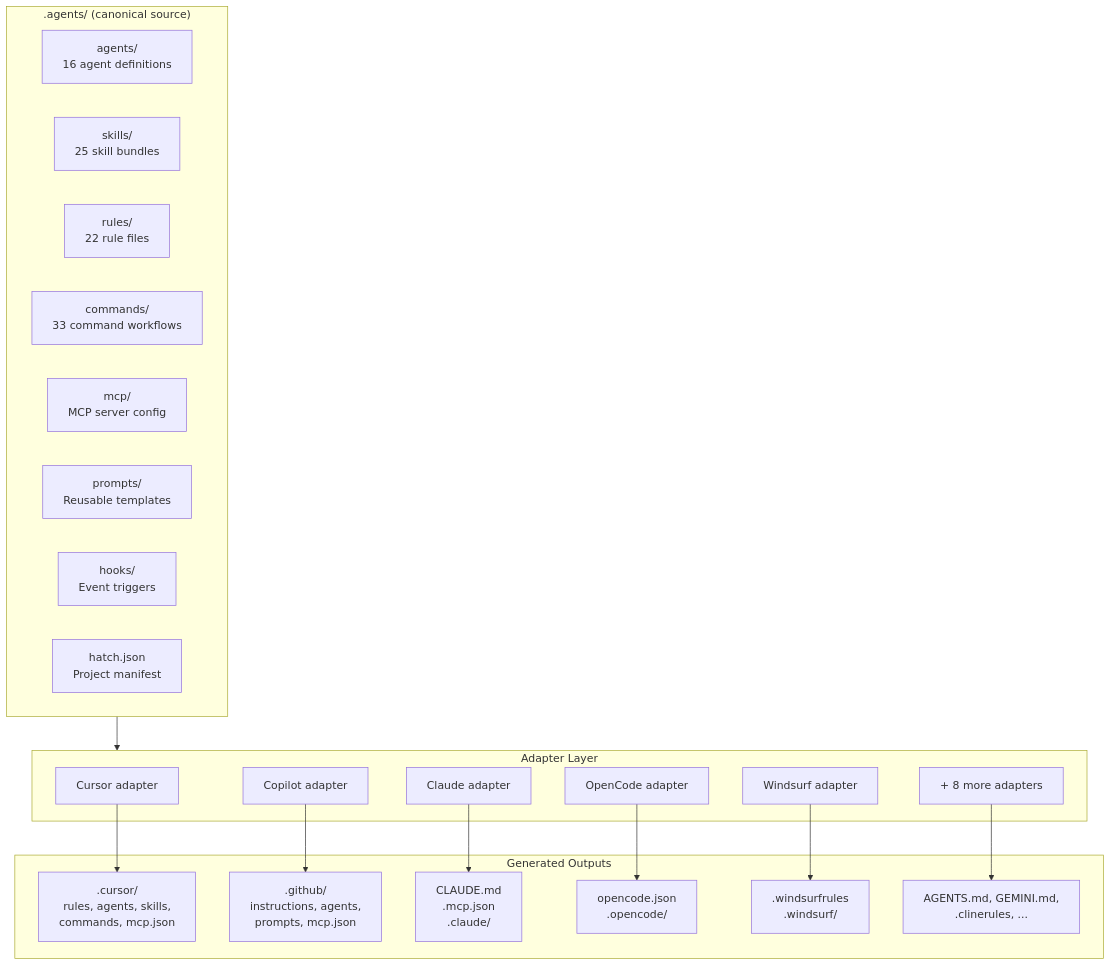
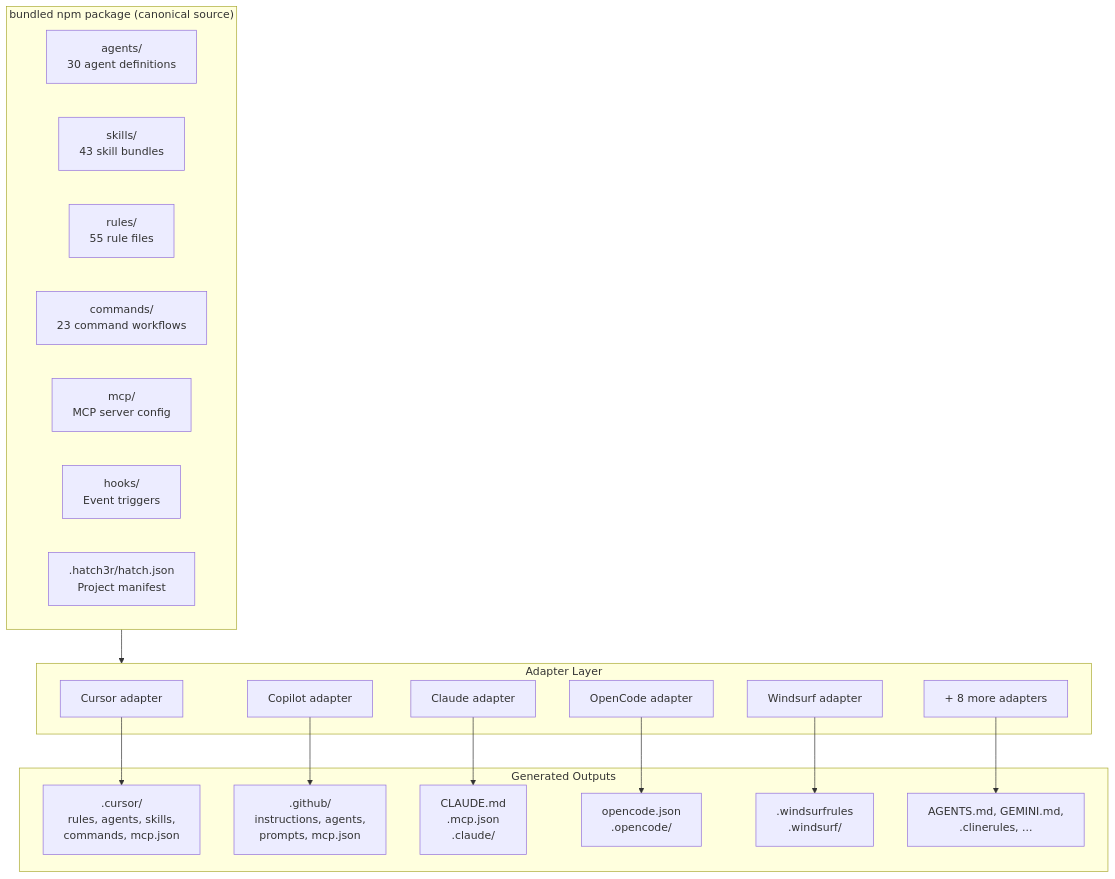
Before and after one commit to hatch3r/hatch3r: the second of 5 diagrams in docs/agentic-process.md, drawn with Mermaid. The commit also changed other lines of this file and 74 other files, not shown here.

````diff
--- a/docs/agentic-process.md
+++ b/docs/agentic-process.md
@@ -24,39 +24,38 @@
 ```mermaid
 flowchart TB
-    subgraph canonical[".agents/ (canonical source)"]
-        agents["agents/\n16 agent definitions"]
-        skills["skills/\n25 skill bundles"]
-        rules["rules/\n22 rule files"]
-        commands["commands/\n33 command workflows"]
+    subgraph canonical["bundled npm package (canonical source)"]
+        agents["agents/\n30 agent definitions"]
+        skills["skills/\n43 skill bundles"]
+        rules["rules/\n55 rule files"]
+        commands["commands/\n23 command workflows"]
         mcp["mcp/\nMCP server config"]
-        prompts["prompts/\nReusable templates"]
         hooks["hooks/\nEvent triggers"]
-        manifest["hatch.json\nProject manifest"]
+        manifest[".hatch3r/hatch.json\nProject manifest"]
     end
 
     subgraph adapters["Adapter Layer"]
         cursor_a["Cursor adapter"]
         copilot_a["Copilot adapter"]
         claude_a["Claude adapter"]
         opencode_a["OpenCode adapter"]
         windsurf_a["Windsurf adapter"]
         others_a["+ 8 more adapters"]
     end
 
     subgraph outputs["Generated Outputs"]
         cursor_o[".cursor/\nrules, agents, skills,\ncommands, mcp.json"]
         copilot_o[".github/\ninstructions, agents,\nprompts, mcp.json"]
         claude_o["CLAUDE.md\n.mcp.json\n.claude/"]
         opencode_o["opencode.json\n.opencode/"]
         windsurf_o[".windsurfrules\n.windsurf/"]
         others_o["AGENTS.md, GEMINI.md,\n.clinerules, ..."]
     end
 
     canonical --> adapters
     cursor_a --> cursor_o
     copilot_a --> copilot_o
     claude_a --> claude_o
     opencode_a --> opencode_o
     windsurf_a --> windsurf_o
     others_a --> others_o
 ```
````
